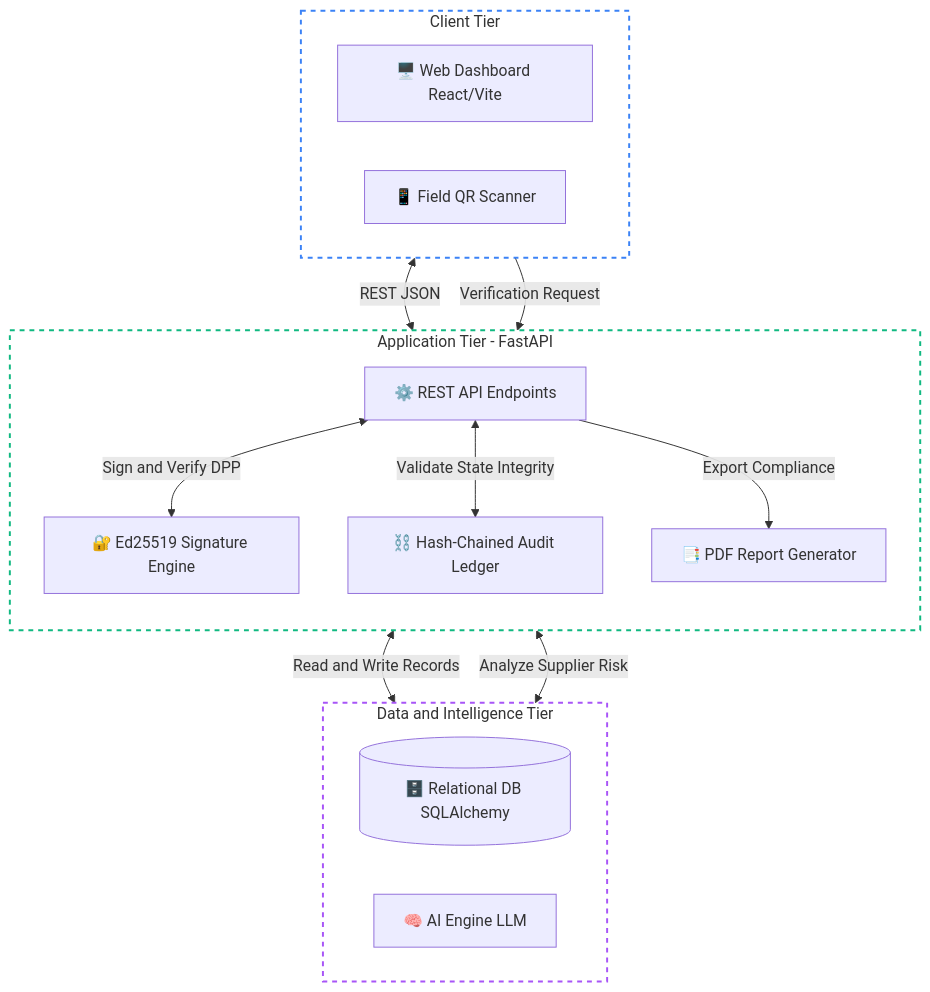
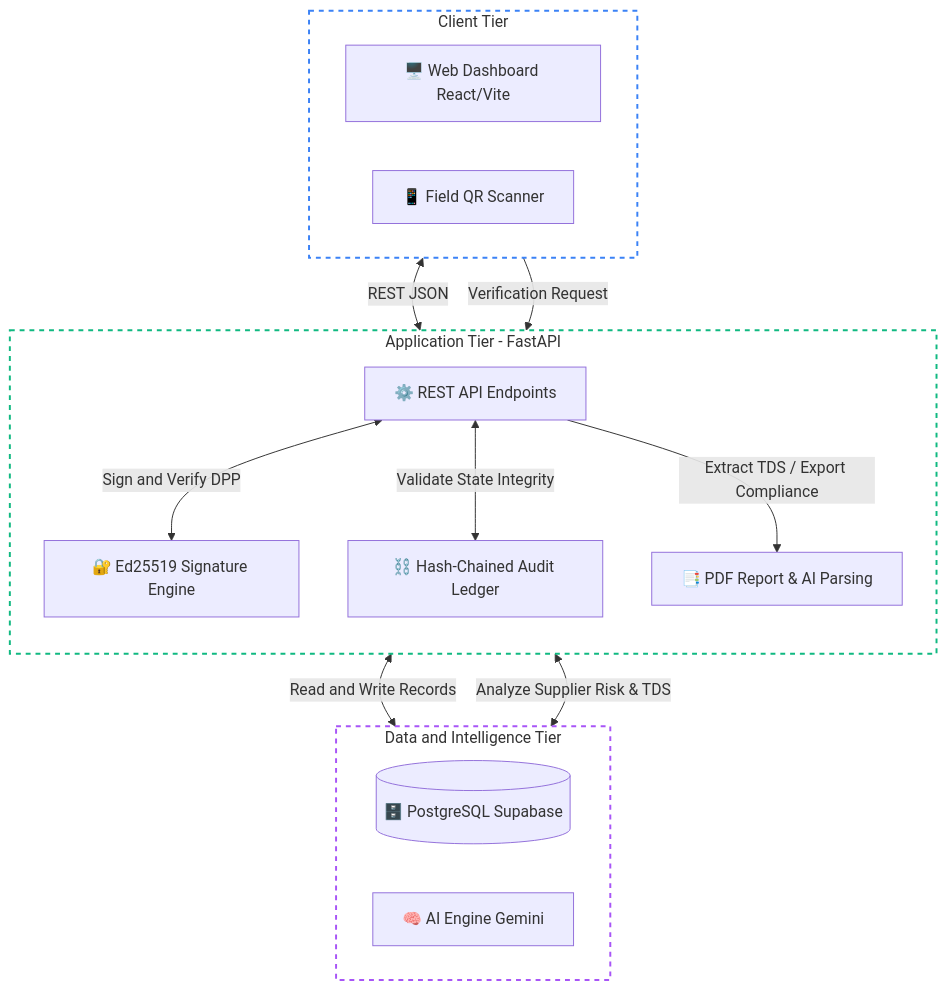
Before and after one commit to superstove/CONSTRUCTASK: the diagram in README.md, drawn with Mermaid. The commit also changed other lines of this file, not shown here.

Commit message:
Update README with PostgreSQL and TDS Converter features

````diff
--- a/README.md
+++ b/README.md
@@ -60,40 +58,40 @@
 ```mermaid
 flowchart TB
     subgraph Client [Client Tier]
         direction LR
         UI["🖥️ Web Dashboard React/Vite"]
         Scanner["📱 Field QR Scanner"]
     end
 
     subgraph AppServer [Application Tier - FastAPI]
         direction TB
         API["⚙️ REST API Endpoints"]
         Crypto["🔐 Ed25519 Signature Engine"]
         Ledger["⛓️ Hash-Chained Audit Ledger"]
-        PDF["📑 PDF Report Generator"]
+        PDF["📑 PDF Report & AI Parsing"]
     end
 
     subgraph Data [Data and Intelligence Tier]
         direction LR
-        DB[("🗄️ Relational DB SQLAlchemy")]
-        AI["🧠 AI Engine LLM"]
+        DB[("🗄️ PostgreSQL Supabase")]
+        AI["🧠 AI Engine Gemini"]
     end
 
     %% Client Interactions
     UI <-->|"REST JSON"| API
     Scanner -->|"Verification Request"| API
 
     %% Internal API Routing
     API <-->|"Sign and Verify DPP"| Crypto
     API <-->|"Validate State Integrity"| Ledger
-    API -->|"Export Compliance"| PDF
+    API -->|"Extract TDS / Export Compliance"| PDF
 
     %% Data Connections
     API <-->|"Read and Write Records"| DB
-    API <-->|"Analyze Supplier Risk"| AI
+    API <-->|"Analyze Supplier Risk & TDS"| AI
 
     %% Styling
     style Client fill:transparent,stroke:#3b82f6,stroke-width:2px,stroke-dasharray: 5 5
     style AppServer fill:transparent,stroke:#10b981,stroke-width:2px,stroke-dasharray: 5 5
     style Data fill:transparent,stroke:#a855f7,stroke-width:2px,stroke-dasharray: 5 5
 ```
````
